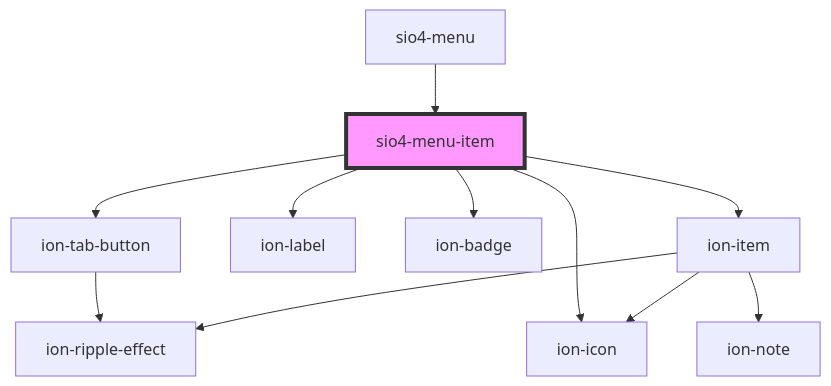
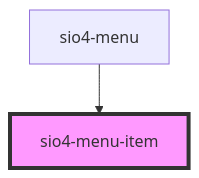
One commit to silicia-apps/sio4 changed the diagram in libs/core/src/components/menu-item/readme.md. Above: the diagram before and after it, drawn with Mermaid. The commit also changed other lines of this file and 74 other files, not shown here.

````diff
--- a/libs/core/src/components/menu-item/readme.md
+++ b/libs/core/src/components/menu-item/readme.md
@@ -49,14 +41,5 @@
 ```mermaid
 graph TD;
-  sio4-menu-item --> ion-tab-button
-  sio4-menu-item --> ion-icon
-  sio4-menu-item --> ion-label
-  sio4-menu-item --> ion-badge
-  sio4-menu-item --> ion-item
-  ion-tab-button --> ion-ripple-effect
-  ion-item --> ion-icon
-  ion-item --> ion-ripple-effect
-  ion-item --> ion-note
   sio4-menu --> sio4-menu-item
   style sio4-menu-item fill:#f9f,stroke:#333,stroke-width:4px
 ```
````
